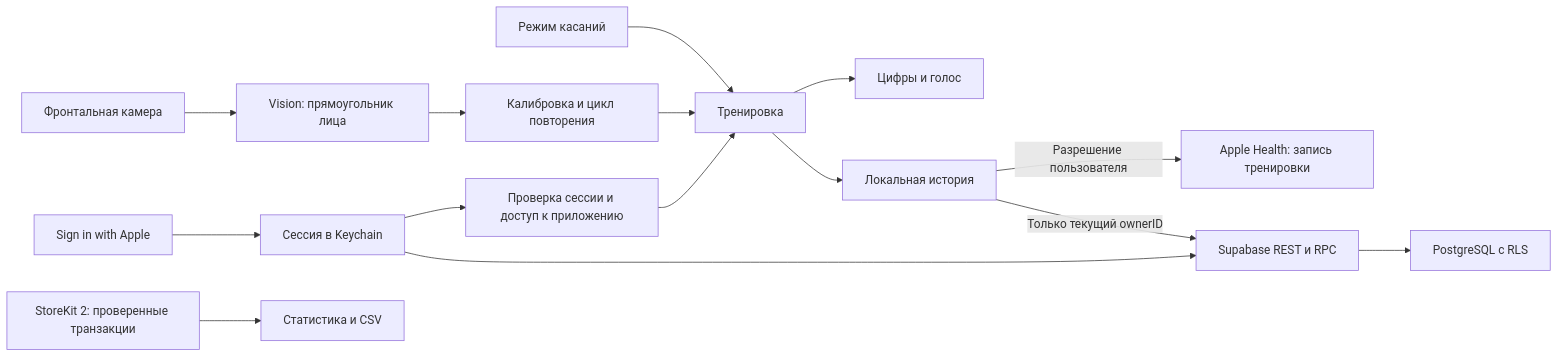
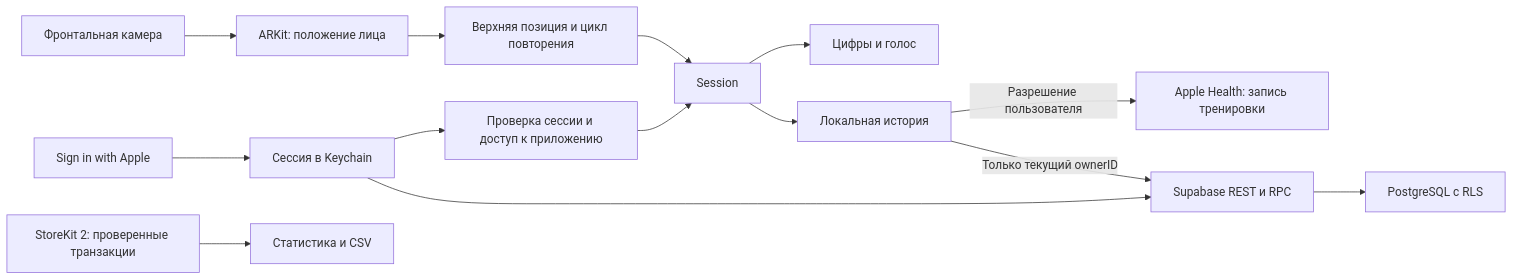
Before and after one commit to dayanegosha/pushx: the diagram in Docs/Architecture.md, drawn with Mermaid. The commit also changed other lines of this file and 21 other files, not shown here.

````diff
--- a/Docs/Architecture.md
+++ b/Docs/Architecture.md
@@ -18,17 +19,16 @@
 ```mermaid
 flowchart LR
-    Camera[Фронтальная камера] --> Vision[Vision: прямоугольник лица]
-    Vision --> Cycle[Калибровка и цикл повторения]
-    Touch[Режим касаний] --> Session[Тренировка]
+    Camera[Фронтальная камера] --> Face[ARKit: положение лица]
+    Face --> Cycle[Верхняя позиция и цикл повторения]
     Cycle --> Session
     Session --> Digits[Цифры и голос]
     Session --> Local[Локальная история]
     Local -->|Разрешение пользователя| Health[Apple Health: запись тренировки]
     Local -->|Только текущий ownerID| API[Supabase REST и RPC]
     Apple[Sign in with Apple] --> Auth[Сессия в Keychain]
     Auth --> Welcome[Проверка сессии и доступ к приложению]
     Welcome --> Session
     Auth --> API
     API --> Database[PostgreSQL с RLS]
     StoreKit[StoreKit 2: проверенные транзакции] --> Plus[Статистика и CSV]
 ```
````
